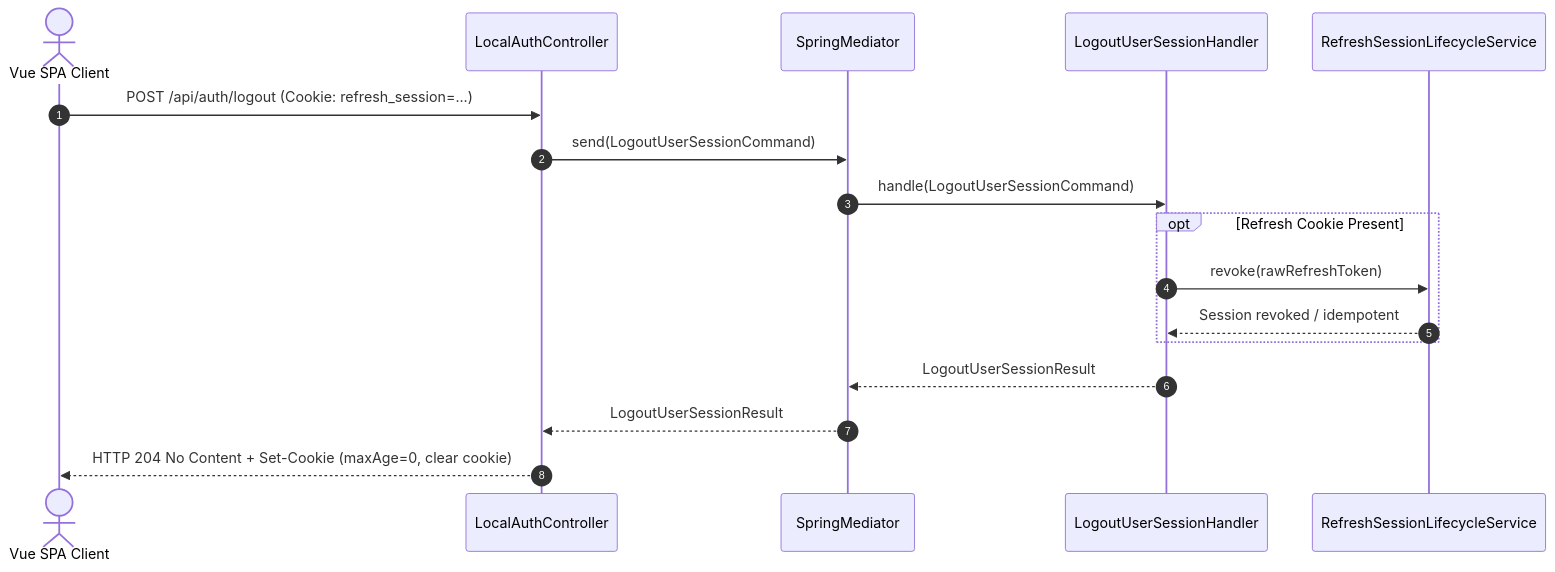
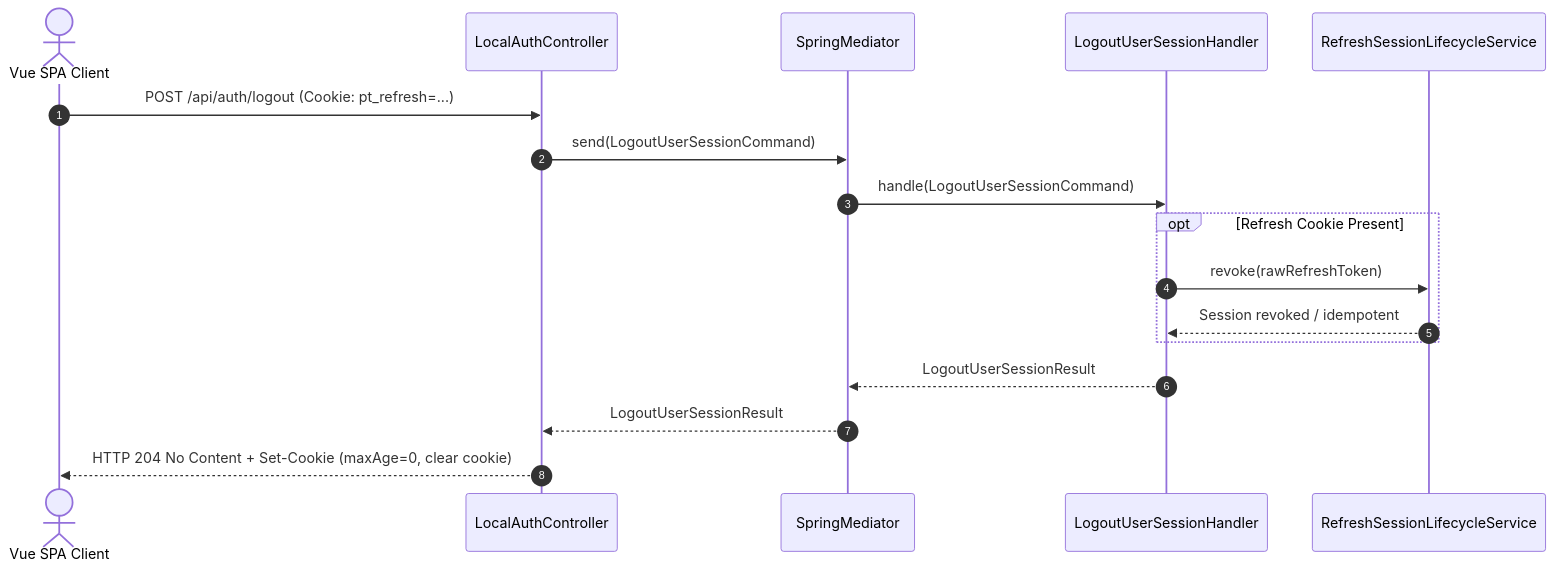
Before and after one commit to dallay/profiletailors.com: the third of 4 diagrams in docs/architecture/login-flow.md, drawn with Mermaid. The commit also changed other lines of this file and 1 other file, not shown here.

````diff
--- a/docs/architecture/login-flow.md
+++ b/docs/architecture/login-flow.md
@@ -144,22 +147,22 @@
 ```mermaid
 sequenceDiagram
     autonumber
     actor User as Vue SPA Client
     participant Controller as LocalAuthController
     participant Mediator as SpringMediator
     participant Handler as LogoutUserSessionHandler
     participant RefreshService as RefreshSessionLifecycleService
 
-    User->>Controller: POST /api/auth/logout (Cookie: refresh_session=...)
+    User->>Controller: POST /api/auth/logout (Cookie: pt_refresh=...)
     Controller->>Mediator: send(LogoutUserSessionCommand)
     Mediator->>Handler: handle(LogoutUserSessionCommand)
 
     opt Refresh Cookie Present
         Handler->>RefreshService: revoke(rawRefreshToken)
         RefreshService-->>Handler: Session revoked / idempotent
     end
 
     Handler-->>Mediator: LogoutUserSessionResult
     Mediator-->>Controller: LogoutUserSessionResult
     Controller-->>User: HTTP 204 No Content + Set-Cookie (maxAge=0, clear cookie)
 ```
````
